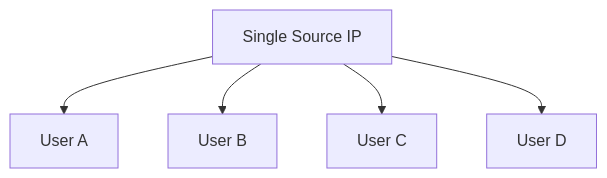
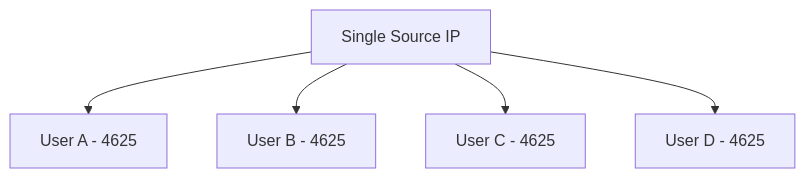
One commit to sadbattery/Windows-Event-IDs-Cheatsheet changed the fifth of 8 diagrams in docs/authentication/4625-failed-logon.md. Above: the diagram before and after it, drawn with Mermaid. The commit also changed other lines of this file, not shown here.

````diff
--- a/docs/authentication/4625-failed-logon.md
+++ b/docs/authentication/4625-failed-logon.md
@@ -267,18 +360,9 @@
 ```mermaid
 flowchart TD
+    A[Single Source IP]
 
-IP[Single Source IP]
-
-A[User A]
-
-B[User B]
-
-C[User C]
-
-D[User D]
-
-IP --> A
-IP --> B
-IP --> C
-IP --> D
+    A --> B[User A - 4625]
+    A --> C[User B - 4625]
+    A --> D[User C - 4625]
+    A --> E[User D - 4625]
 ```
````
